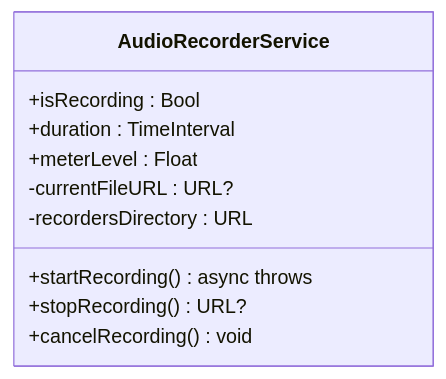
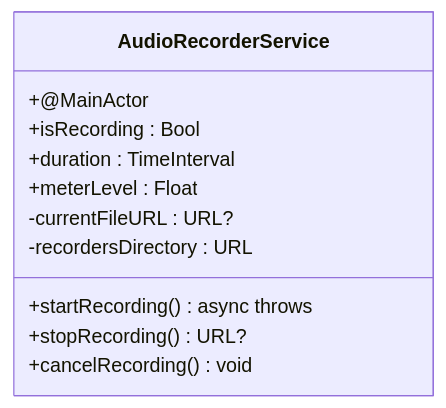
Before and after one commit to Primoguo/Knowledge: the fourth of 12 diagrams in .qoder/repowiki/zh/content/系统集成/音频会话管理.md, drawn with Mermaid. The commit also changed other lines of this file and 15 other files, not shown here.

````diff
--- a/.qoder/repowiki/zh/content/系统集成/音频会话管理.md
+++ b/.qoder/repowiki/zh/content/系统集成/音频会话管理.md
@@ -217,13 +219,14 @@
 ```mermaid
 classDiagram
 class AudioRecorderService {
++@MainActor
 +isRecording : Bool
 +duration : TimeInterval
 +meterLevel : Float
 -currentFileURL : URL?
 -recordersDirectory : URL
 +startRecording() async throws
 +stopRecording() URL?
 +cancelRecording() void
 }
 ```
````
